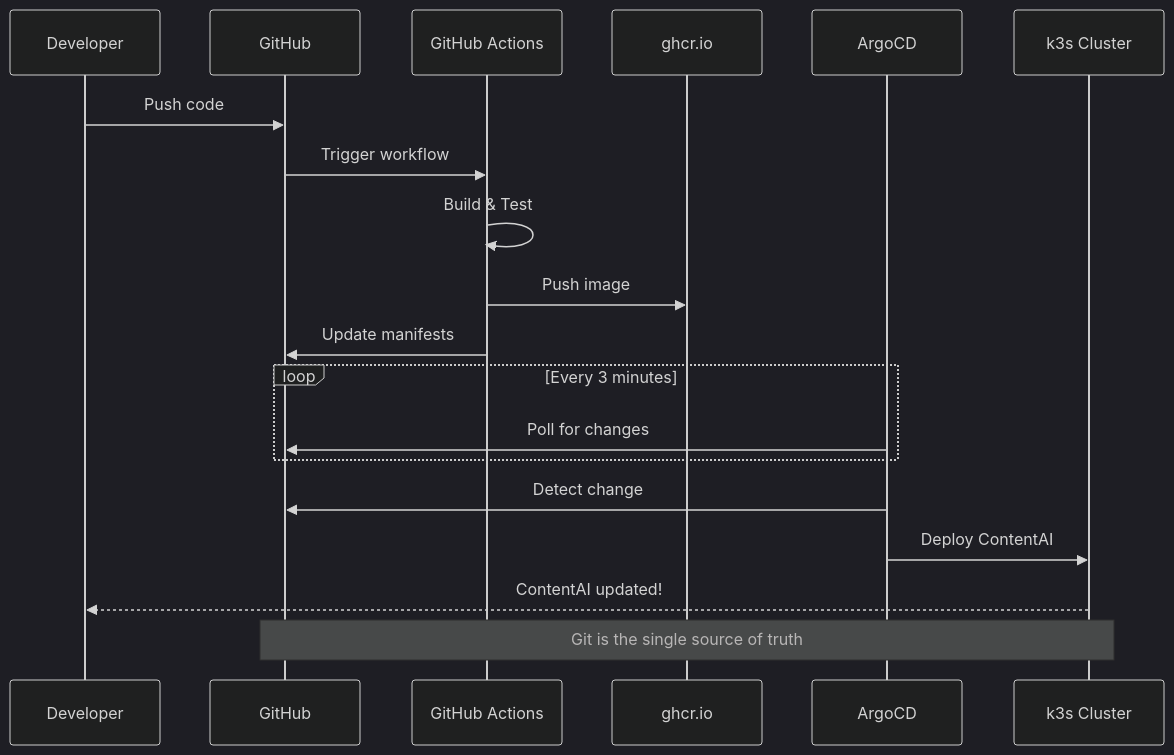
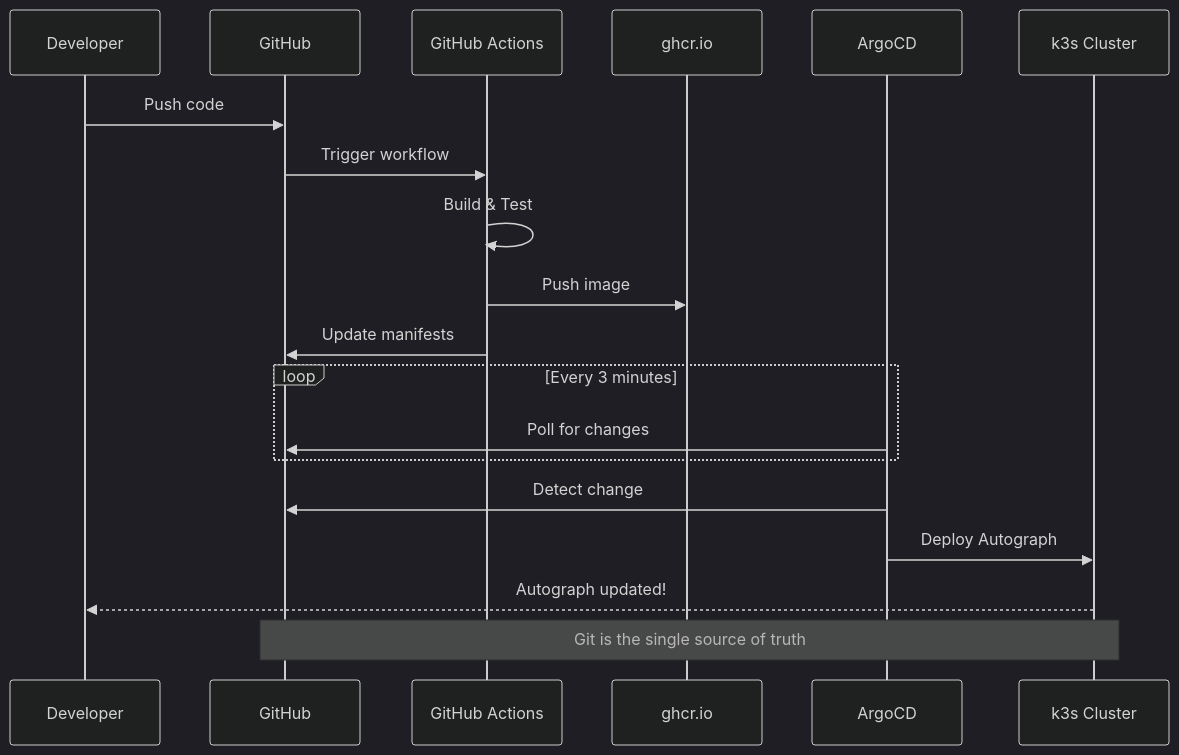
One commit to PearlThoughtsInternship/Internship-Obsidian-Vault changed the fifth of 11 diagrams in DevOps/02-Engineering/01-Architecture.md. Above: the diagram before and after it, drawn with Mermaid (dark theme). The commit also changed other lines of this file and 8 other files, not shown here.

First line of the commit message:
rebrand: Complete ContentAI → Autograph rename across all docs

````diff
--- a/DevOps/02-Engineering/01-Architecture.md
+++ b/DevOps/02-Engineering/01-Architecture.md
@@ -233,25 +233,25 @@
 ```mermaid
 sequenceDiagram
     participant Dev as Developer
     participant Git as GitHub
     participant CI as GitHub Actions
     participant Reg as ghcr.io
     participant Argo as ArgoCD
     participant K8s as k3s Cluster
 
     Dev->>Git: Push code
     Git->>CI: Trigger workflow
     CI->>CI: Build & Test
     CI->>Reg: Push image
     CI->>Git: Update manifests
 
     loop Every 3 minutes
         Argo->>Git: Poll for changes
     end
 
     Argo->>Git: Detect change
-    Argo->>K8s: Deploy ContentAI
-    K8s-->>Dev: ContentAI updated!
+    Argo->>K8s: Deploy Autograph
+    K8s-->>Dev: Autograph updated!
 
     Note over Git,K8s: Git is the single source of truth
 ```
````
